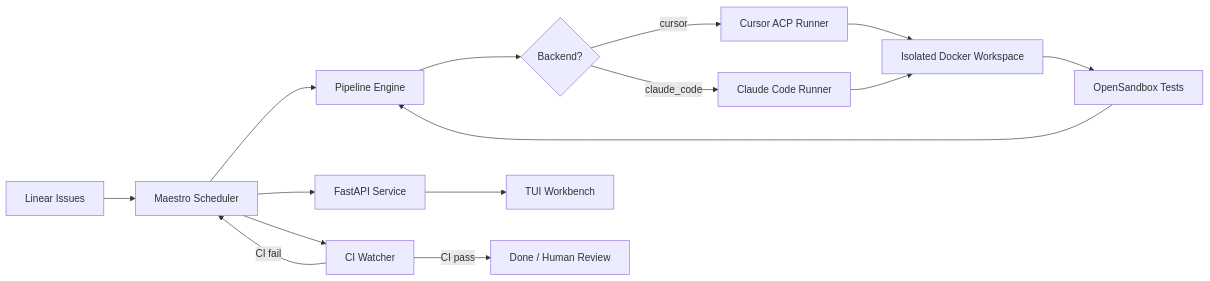
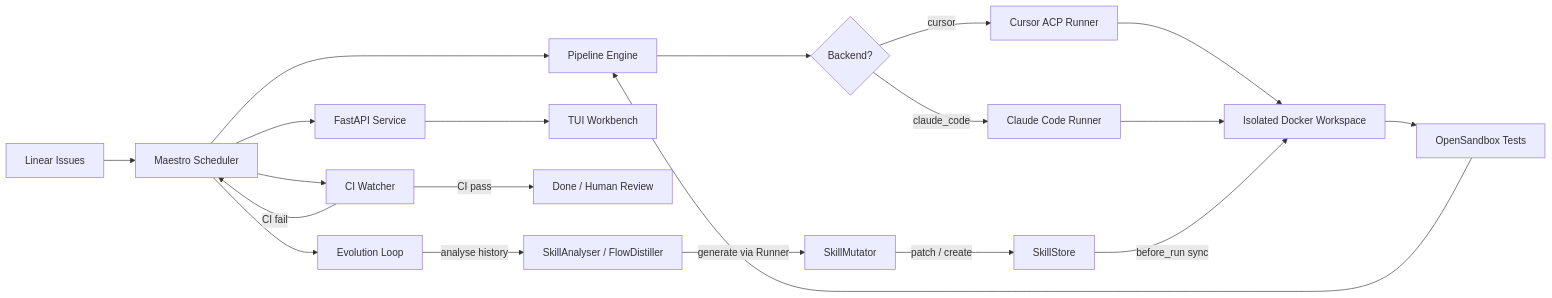
One commit to neilzhangpro/Maestro changed the diagram in README.md. Above: the diagram before and after it, drawn with Mermaid. The commit also changed other lines of this file and 12 other files, not shown here.

First line of the commit message:
v0.7.0: Skill self-evolution system + Cursor auth token auto-refresh

````diff
--- a/README.md
+++ b/README.md
@@ -78,17 +79,22 @@
 ```mermaid
 flowchart LR
     A[Linear Issues] --> B[Maestro Scheduler]
     B --> C[Pipeline Engine]
     C --> D{Backend?}
     D -->|cursor| E[Cursor ACP Runner]
     D -->|claude_code| F[Claude Code Runner]
     E --> G[Isolated Docker Workspace]
     F --> G
     B --> H[FastAPI Service]
     H --> I[TUI Workbench]
     G --> J[OpenSandbox Tests]
     J --> C
     B --> K[CI Watcher]
     K -->|CI pass| L[Done / Human Review]
     K -->|CI fail| B
+    B --> M[Evolution Loop]
+    M -->|analyse history| N[SkillAnalyser / FlowDistiller]
+    N -->|generate via Runner| O[SkillMutator]
+    O -->|patch / create| P[SkillStore]
+    P -->|before_run sync| G
 ```
````
